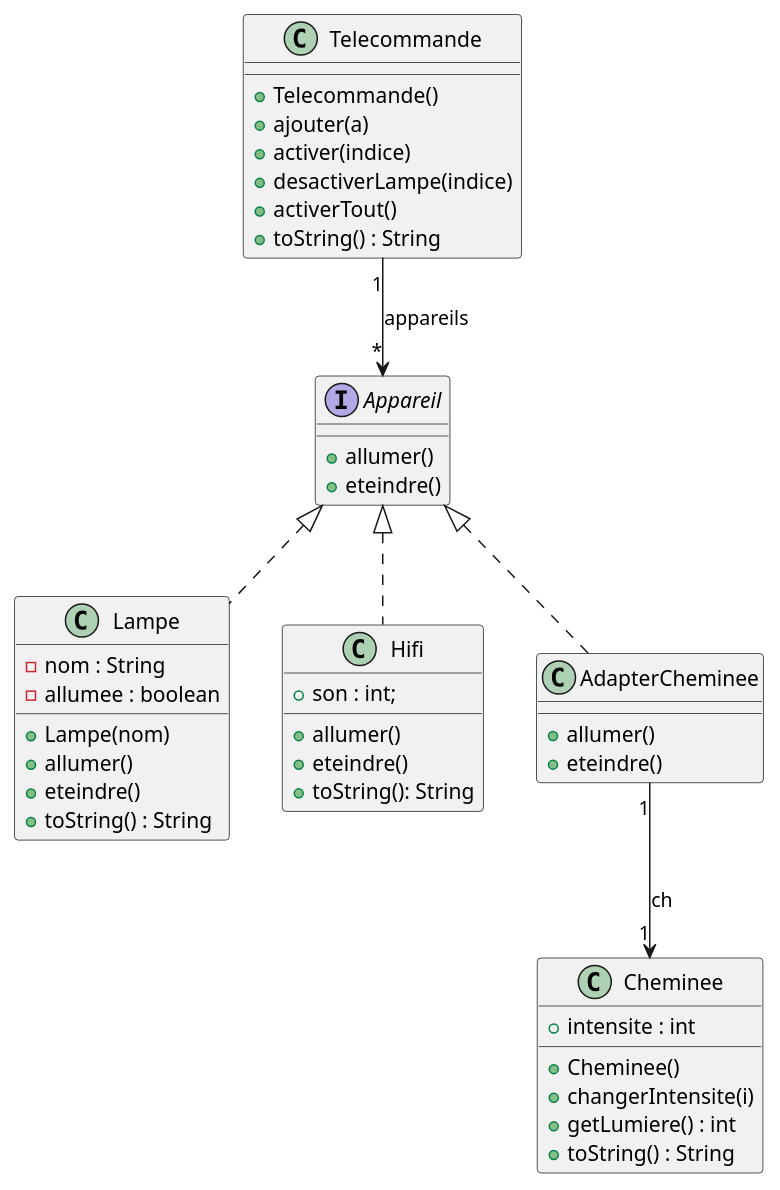
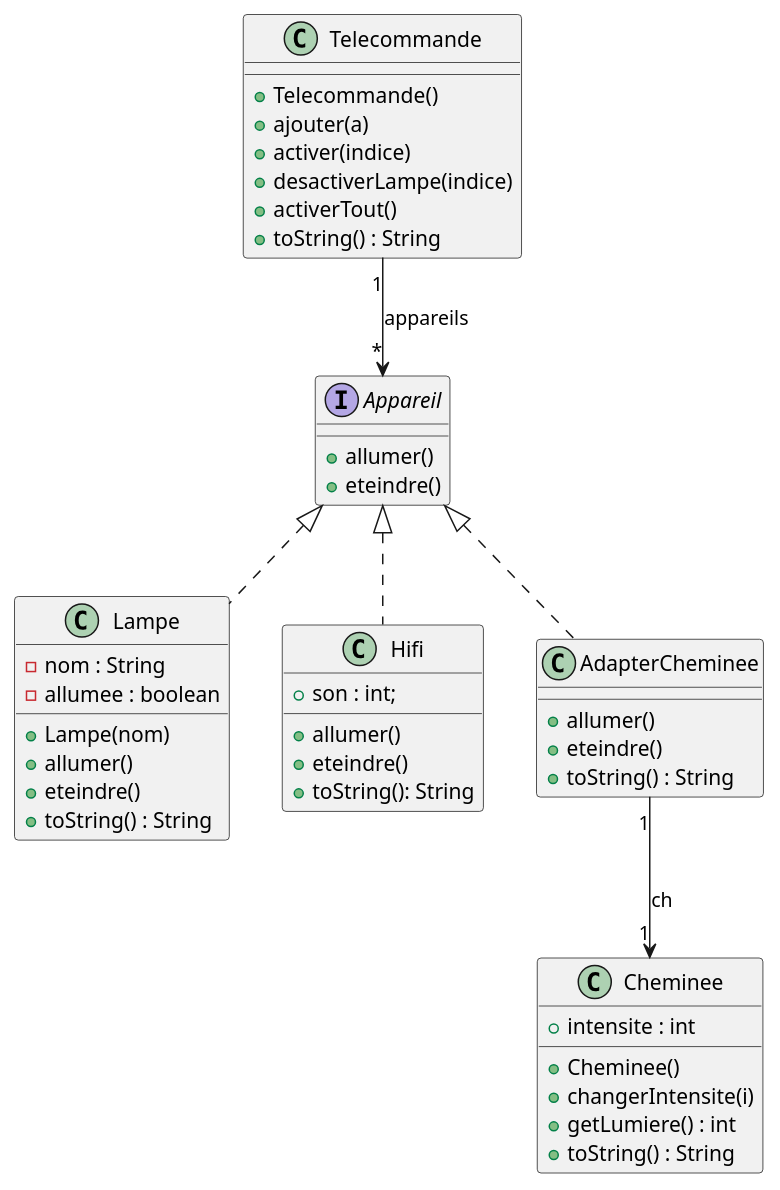
One commit to Caedit/2026_coo_domotique_RENARD_PHILIPPE changed the diagram in conception.puml. Above: the diagram before and after it, drawn with PlantUML. The commit also changed 1 other file, not shown here.

```diff
--- a/conception.puml
+++ b/conception.puml
@@ -1,58 +1,59 @@
 @startuml titre Manipulation de lampes
 
 '''classes
 class Lampe {
     -nom : String
     -allumee : boolean
 
     +Lampe(nom)
     +allumer()
     +eteindre()
     +toString() : String
 }
 
 interface Appareil{
     +allumer()
     +eteindre()
 }
 
 class Hifi {
     +son : int;
 
     +allumer()
     +eteindre()
     +toString(): String
 }
 
 
 class Telecommande {
 
     +Telecommande()
     +ajouter(a)
     +activer(indice)
     +desactiverLampe(indice)
     +activerTout()
     +toString() : String
 }
 
 class Cheminee {
     +intensite : int
 
     +Cheminee()
     +changerIntensite(i)
     +getLumiere() : int
     +toString() : String
 }
 
 class AdapterCheminee implements Appareil{
     +allumer()
     +eteindre()
+    +toString() : String
 }
 
 '''relations
 Telecommande "1" --> "*" Appareil : appareils
 AdapterCheminee "1" --> "1" Cheminee : ch
 Appareil <|.. Lampe
 Appareil <|.. Hifi
 
 @enduml
```
